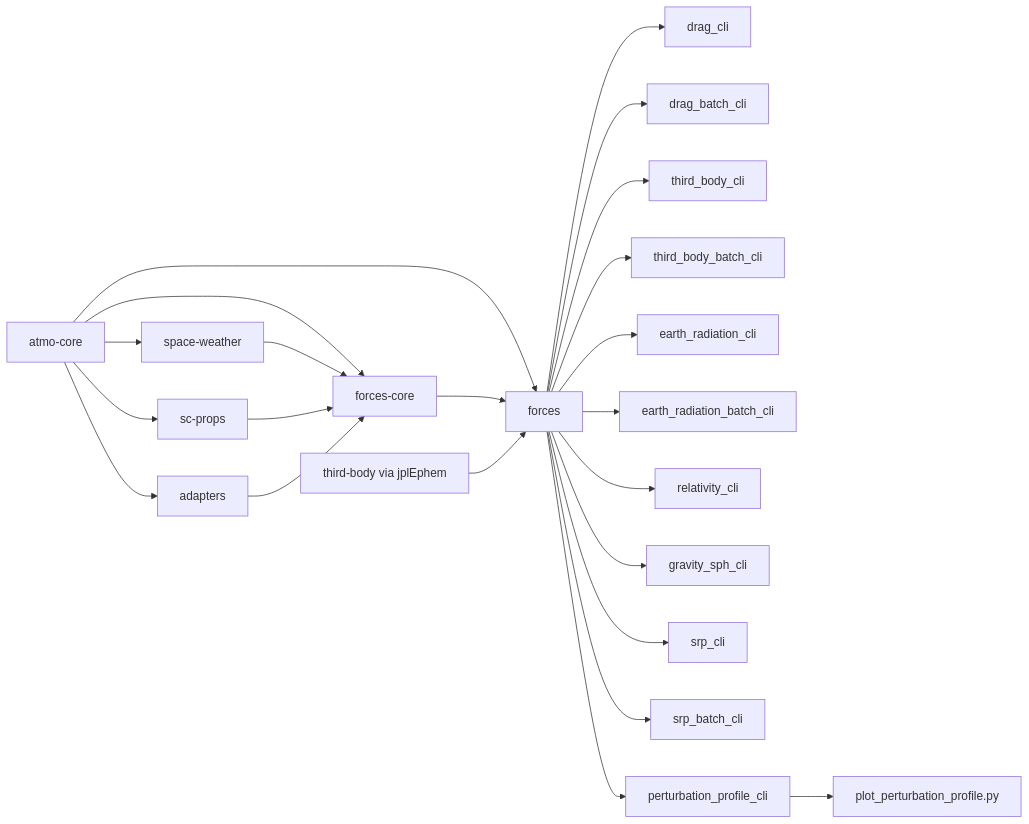
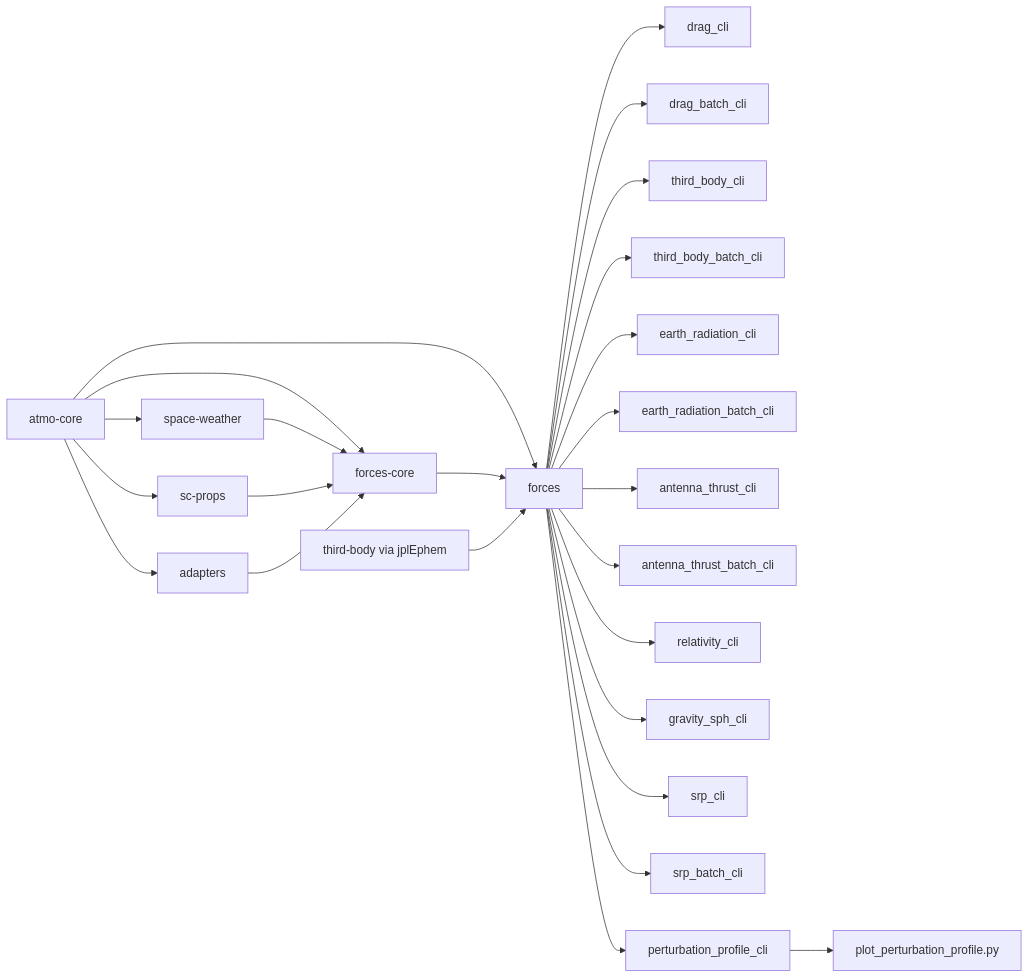
One commit to watsonryan/astroforces changed the diagram in docs/ARCHITECTURE.md. Above: the diagram before and after it, drawn with Mermaid. The commit also changed other lines of this file and 4 other files, not shown here.

Commit message:
integrate antenna thrust into profile outputs

````diff
--- a/docs/ARCHITECTURE.md
+++ b/docs/ARCHITECTURE.md
@@ -4,25 +4,27 @@
 ```mermaid
 flowchart LR
   A[atmo-core] --> B[space-weather]
   A --> C[sc-props]
   A --> D[adapters]
   A --> E[forces-core]
   A --> F[forces]
   B --> E
   C --> E
   D --> E
   E --> F
   T[third-body via jplEphem] --> F
   F --> G[drag_cli]
   F --> H[drag_batch_cli]
   F --> X[third_body_cli]
   F --> Y[third_body_batch_cli]
   F --> R[earth_radiation_cli]
   F --> V[earth_radiation_batch_cli]
+  F --> M[antenna_thrust_cli]
+  F --> N[antenna_thrust_batch_cli]
   F --> W[relativity_cli]
   F --> K[gravity_sph_cli]
   F --> S[srp_cli]
   F --> U[srp_batch_cli]
   F --> P[perturbation_profile_cli]
   P --> Q[plot_perturbation_profile.py]
 ```
````
